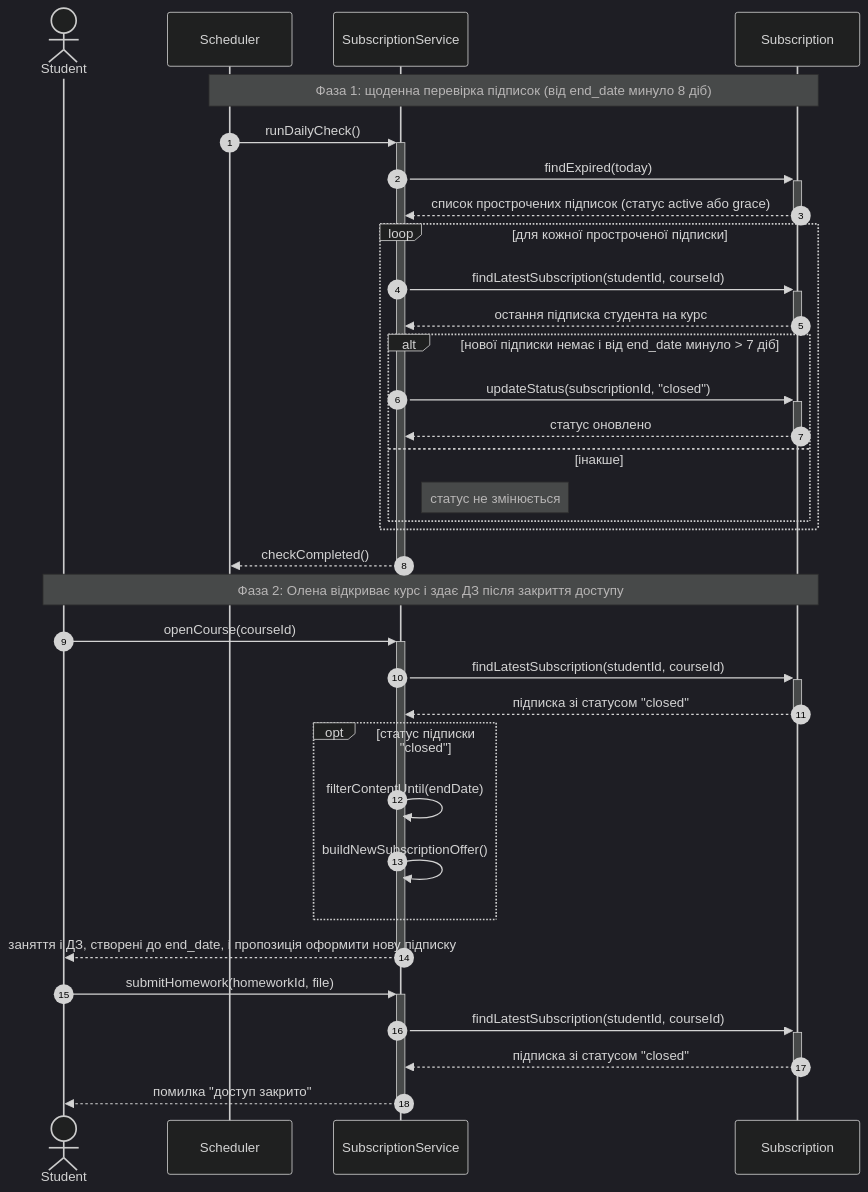
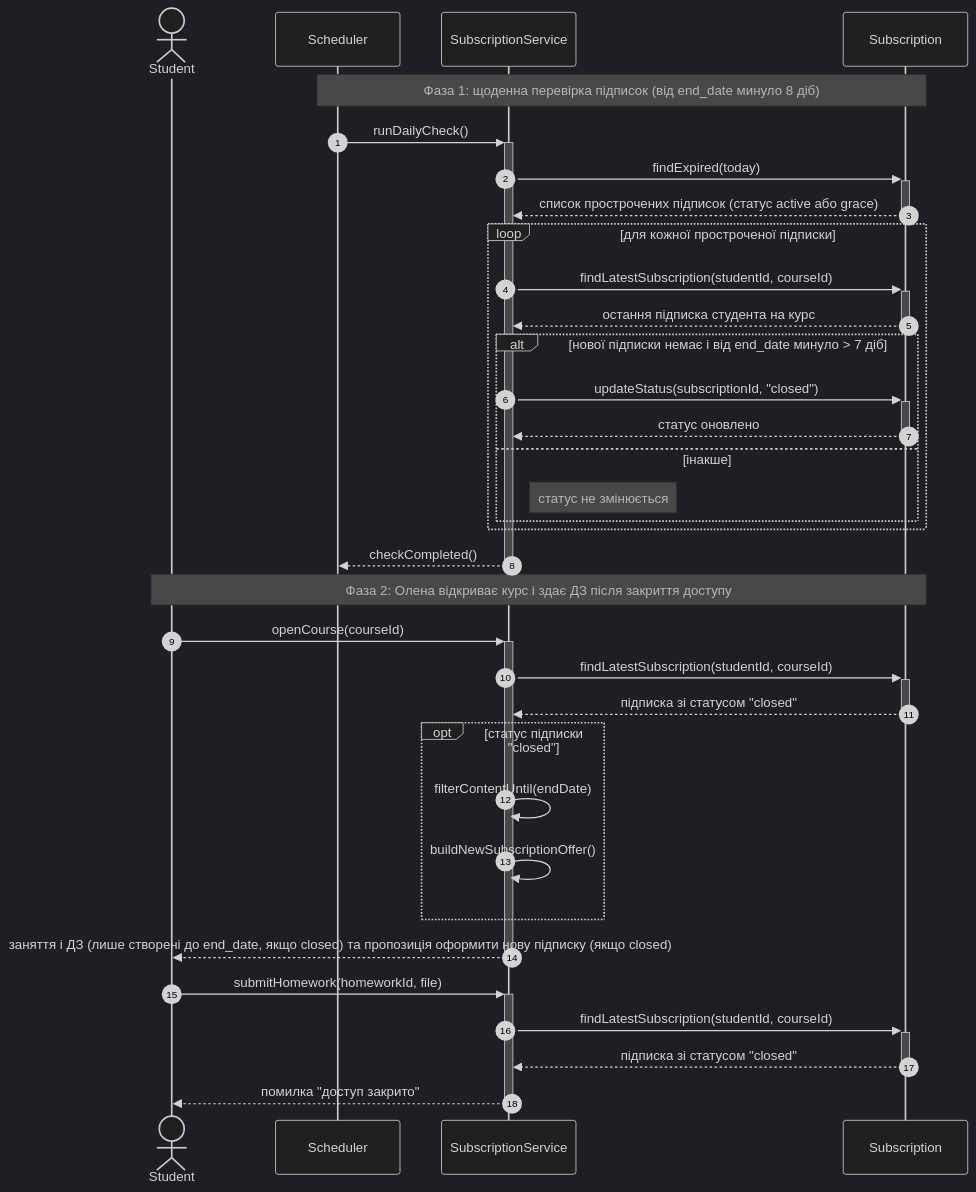
The diagram in Sequence Diagram/diagram-req-32.mmd (grmaryna/MathHub), drawn with Mermaid (dark theme) before and after one commit. The commit also changed 1 other file, not shown here.

```diff
--- a/Sequence Diagram/diagram-req-32.mmd
+++ b/Sequence Diagram/diagram-req-32.mmd
@@ -1,41 +1,41 @@
 sequenceDiagram
     autonumber
     actor Student
     participant Scheduler
     participant SubscriptionService
     participant Subscription
 
     Note over Scheduler,Subscription: Фаза 1: щоденна перевірка підписок (від end_date минуло 8 діб)
 
     Scheduler->>+SubscriptionService: runDailyCheck()
     SubscriptionService->>+Subscription: findExpired(today)
     Subscription-->>-SubscriptionService: список прострочених підписок (статус active або grace)
 
     loop для кожної простроченої підписки
         SubscriptionService->>+Subscription: findLatestSubscription(studentId, courseId)
         Subscription-->>-SubscriptionService: остання підписка студента на курс
 
         alt нової підписки немає і від end_date минуло > 7 діб
             SubscriptionService->>+Subscription: updateStatus(subscriptionId, "closed")
             Subscription-->>-SubscriptionService: статус оновлено
         else інакше
             Note right of SubscriptionService: статус не змінюється
         end
     end
     SubscriptionService-->>-Scheduler: checkCompleted()
 
     Note over Student,Subscription: Фаза 2: Олена відкриває курс і здає ДЗ після закриття доступу
 
     Student->>+SubscriptionService: openCourse(courseId)
     SubscriptionService->>+Subscription: findLatestSubscription(studentId, courseId)
     Subscription-->>-SubscriptionService: підписка зі статусом "closed"
     opt статус підписки "closed"
         SubscriptionService->>SubscriptionService: filterContentUntil(endDate)
         SubscriptionService->>SubscriptionService: buildNewSubscriptionOffer()
     end
-    SubscriptionService-->>-Student: заняття і ДЗ, створені до end_date, і пропозиція оформити нову підписку
+    SubscriptionService-->>-Student: заняття і ДЗ (лише створені до end_date, якщо closed) та пропозиція оформити нову підписку (якщо closed)
 
     Student->>+SubscriptionService: submitHomework(homeworkId, file)
     SubscriptionService->>+Subscription: findLatestSubscription(studentId, courseId)
     Subscription-->>-SubscriptionService: підписка зі статусом "closed"
     SubscriptionService-->>-Student: помилка "доступ закрито"
```
